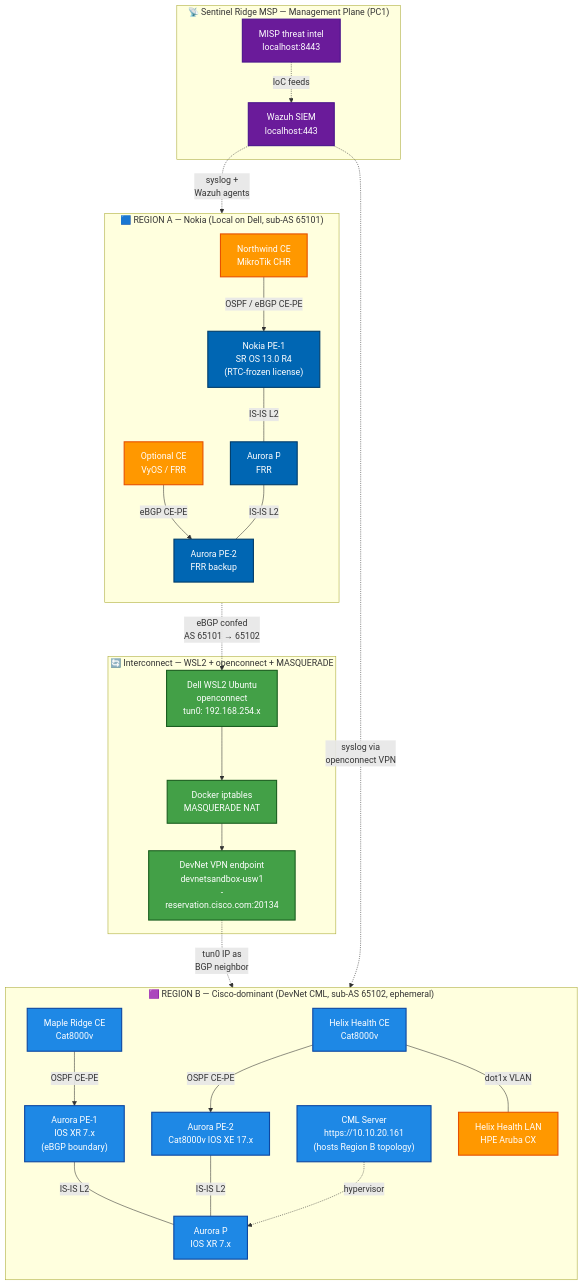
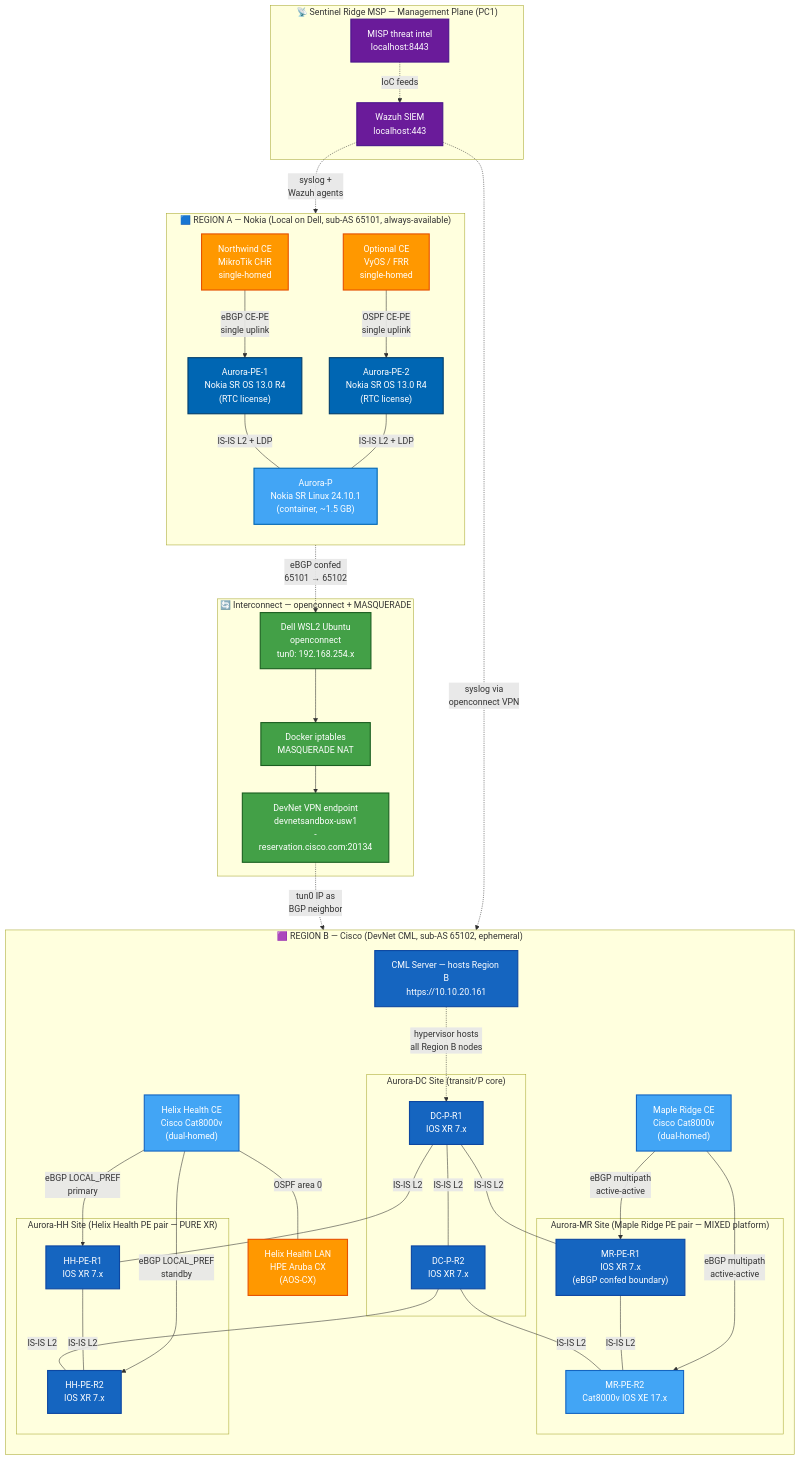
Before and after one commit to cyber-Elvis/aurora-comms: the diagram in docs/adr-002-two-region.md, drawn with Mermaid. The commit also changed other lines of this file, not shown here.

First paragraph of the commit message:
ADR-002 v1.0 + DevNet resource strategy reference
Two new documents bundled in one commit, including topology refinement
made before initial publish.

````diff
--- a/docs/adr-002-two-region.md
+++ b/docs/adr-002-two-region.md
@@ -80,11 +124,12 @@
 ```mermaid
 graph TB
-    classDef nokia fill:#0066b3,color:#fff,stroke:#003d6b,stroke-width:2px
-    classDef cisco fill:#1e88e5,color:#fff,stroke:#0d47a1,stroke-width:2px
+    classDef nsros fill:#0066b3,color:#fff,stroke:#003d6b,stroke-width:2px
+    classDef nsrl fill:#42a5f5,color:#fff,stroke:#0066b3,stroke-width:2px
+    classDef cisco_xr fill:#1565c0,color:#fff,stroke:#0d47a1,stroke-width:2px
+    classDef cisco_xe fill:#42a5f5,color:#fff,stroke:#1565c0,stroke-width:2px
     classDef mixed fill:#ff9800,color:#fff,stroke:#e65100,stroke-width:2px
     classDef bridge fill:#43a047,color:#fff,stroke:#1b5e20,stroke-width:2px
     classDef mgmt fill:#6a1b9a,color:#fff,stroke:#4a148c,stroke-width:2px
-    classDef tenant fill:#757575,color:#fff,stroke:#424242,stroke-width:1px
 
     %% Management Plane
     subgraph Mgmt["📡 Sentinel Ridge MSP — Management Plane (PC1)"]
@@ -92,63 +137,88 @@
         MISP["MISP threat intel<br/>localhost:8443"]
     end
 
-    %% Region A — Nokia (Local)
-    subgraph RegA["🟦 REGION A — Nokia (Local on Dell, sub-AS 65101)"]
+    %% Region A — Nokia (Local) — hybrid SR Linux P + SR OS PE pair
+    subgraph RegA["🟦 REGION A — Nokia (Local on Dell, sub-AS 65101, always-available)"]
         direction TB
-        NSR["Nokia PE-1<br/>SR OS 13.0 R4<br/>(RTC-frozen license)"]
-        FRR_P_A["Aurora P<br/>FRR"]
-        FRR_PE2["Aurora PE-2<br/>FRR backup"]
-        NW_CE["Northwind CE<br/>MikroTik CHR"]
-        VyOS_CE["Optional CE<br/>VyOS / FRR"]
+        SRL_P["Aurora-P<br/>Nokia SR Linux 24.10.1<br/>(container, ~1.5 GB)"]
+        SROS_PE1["Aurora-PE-1<br/>Nokia SR OS 13.0 R4<br/>(RTC license)"]
+        SROS_PE2["Aurora-PE-2<br/>Nokia SR OS 13.0 R4<br/>(RTC license)"]
+        NW_CE["Northwind CE<br/>MikroTik CHR<br/>single-homed"]
+        VyOS_CE["Optional CE<br/>VyOS / FRR<br/>single-homed"]
     end
 
     %% Interconnect
-    subgraph IC["🔄 Interconnect — WSL2 + openconnect + MASQUERADE"]
+    subgraph IC["🔄 Interconnect — openconnect + MASQUERADE"]
         OC["Dell WSL2 Ubuntu<br/>openconnect<br/>tun0: 192.168.254.x"]
         NAT["Docker iptables<br/>MASQUERADE NAT"]
         DN["DevNet VPN endpoint<br/>devnetsandbox-usw1<br/>-reservation.cisco.com:20134"]
     end
 
-    %% Region B — Cisco (DevNet CML)
-    subgraph RegB["🟪 REGION B — Cisco-dominant (DevNet CML, sub-AS 65102, ephemeral)"]
+    %% Region B — Cisco (DevNet CML) — dual-router per site
+    subgraph RegB["🟪 REGION B — Cisco (DevNet CML, sub-AS 65102, ephemeral)"]
         direction TB
-        CML["CML Server<br/>https://10.10.20.161<br/>(hosts Region B topology)"]
-        XRP["Aurora P<br/>IOS XR 7.x"]
-        XRPE["Aurora PE-1<br/>IOS XR 7.x<br/>(eBGP boundary)"]
-        XEPE["Aurora PE-2<br/>Cat8000v IOS XE 17.x"]
-        MR_CE["Maple Ridge CE<br/>Cat8000v"]
-        HH_CE["Helix Health CE<br/>Cat8000v"]
-        HH_LAN["Helix Health LAN<br/>HPE Aruba CX"]
+
+        CML["CML Server — hosts Region B<br/>https://10.10.20.161"]
+
+        subgraph DC_Site["Aurora-DC Site (transit/P core)"]
+            DC_P_R1["DC-P-R1<br/>IOS XR 7.x"]
+            DC_P_R2["DC-P-R2<br/>IOS XR 7.x"]
+        end
+
+        subgraph MR_Site["Aurora-MR Site (Maple Ridge PE pair — MIXED platform)"]
+            MR_PE_R1["MR-PE-R1<br/>IOS XR 7.x<br/>(eBGP confed boundary)"]
+            MR_PE_R2["MR-PE-R2<br/>Cat8000v IOS XE 17.x"]
+        end
+
+        subgraph HH_Site["Aurora-HH Site (Helix Health PE pair — PURE XR)"]
+            HH_PE_R1["HH-PE-R1<br/>IOS XR 7.x"]
+            HH_PE_R2["HH-PE-R2<br/>IOS XR 7.x"]
+        end
+
+        MR_CE["Maple Ridge CE<br/>Cisco Cat8000v<br/>(dual-homed)"]
+        HH_CE["Helix Health CE<br/>Cisco Cat8000v<br/>(dual-homed)"]
+        HH_LAN["Helix Health LAN<br/>HPE Aruba CX<br/>(AOS-CX)"]
     end
 
-    %% Region A internal links
-    NW_CE -->|OSPF / eBGP CE-PE| NSR
-    VyOS_CE -->|eBGP CE-PE| FRR_PE2
-    NSR ---|IS-IS L2| FRR_P_A
-    FRR_P_A ---|IS-IS L2| FRR_PE2
+    %% Region A internal links — single-homed CEs
+    NW_CE -->|eBGP CE-PE<br/>single uplink| SROS_PE1
+    VyOS_CE -->|OSPF CE-PE<br/>single uplink| SROS_PE2
+    SROS_PE1 ---|IS-IS L2 + LDP| SRL_P
+    SROS_PE2 ---|IS-IS L2 + LDP| SRL_P
 
     %% Interconnect path — the region boundary
-    NSR -.->|eBGP confed<br/>AS 65101 → 65102| OC
+    SROS_PE1 -.->|eBGP confed<br/>65101 → 65102| OC
     OC --> NAT
     NAT --> DN
-    DN -.->|tun0 IP as<br/>BGP neighbor| XRPE
+    DN -.->|tun0 IP as<br/>BGP neighbor| MR_PE_R1
 
-    %% Region B internal links
-    MR_CE -->|OSPF CE-PE| XRPE
-    HH_CE -->|OSPF CE-PE| XEPE
-    HH_CE ---|dot1x VLAN| HH_LAN
-    XRPE ---|IS-IS L2| XRP
-    XEPE ---|IS-IS L2| XRP
-    CML -.->|hypervisor| XRP
+    %% Region B internal links — dual-router per site, dual-homed CEs
+    DC_P_R1 ---|IS-IS L2| DC_P_R2
+    DC_P_R1 ---|IS-IS L2| MR_PE_R1
+    DC_P_R2 ---|IS-IS L2| MR_PE_R2
+    DC_P_R1 ---|IS-IS L2| HH_PE_R1
+    DC_P_R2 ---|IS-IS L2| HH_PE_R2
+    MR_PE_R1 ---|IS-IS L2| MR_PE_R2
+    HH_PE_R1 ---|IS-IS L2| HH_PE_R2
 
-    %% Management plane reaches both
-    Wazuh -.->|syslog +<br/>Wazuh agents| NSR
-    Wazuh -.->|syslog via<br/>openconnect VPN| XRPE
+    MR_CE -->|eBGP multipath<br/>active-active| MR_PE_R1
+    MR_CE -->|eBGP multipath<br/>active-active| MR_PE_R2
+    HH_CE -->|eBGP LOCAL_PREF<br/>primary| HH_PE_R1
+    HH_CE -->|eBGP LOCAL_PREF<br/>standby| HH_PE_R2
+    HH_CE ---|OSPF area 0| HH_LAN
+
+    CML -.->|hypervisor hosts<br/>all Region B nodes| DC_P_R1
+
+    %% Management plane reaches both regions
+    Wazuh -.->|syslog +<br/>Wazuh agents| SROS_PE1
+    Wazuh -.->|syslog via<br/>openconnect VPN| MR_PE_R1
     MISP -.->|IoC feeds| Wazuh
 
-    class NSR,FRR_P_A,FRR_PE2 nokia
-    class XRP,XRPE,XEPE,CML cisco
-    class MR_CE,HH_CE cisco
+    class SROS_PE1,SROS_PE2 nsros
+    class SRL_P nsrl
+    class DC_P_R1,DC_P_R2,MR_PE_R1,HH_PE_R1,HH_PE_R2 cisco_xr
+    class MR_PE_R2,MR_CE,HH_CE cisco_xe
+    class CML cisco_xr
     class NW_CE,VyOS_CE,HH_LAN mixed
     class OC,NAT,DN bridge
     class Wazuh,MISP mgmt
````
